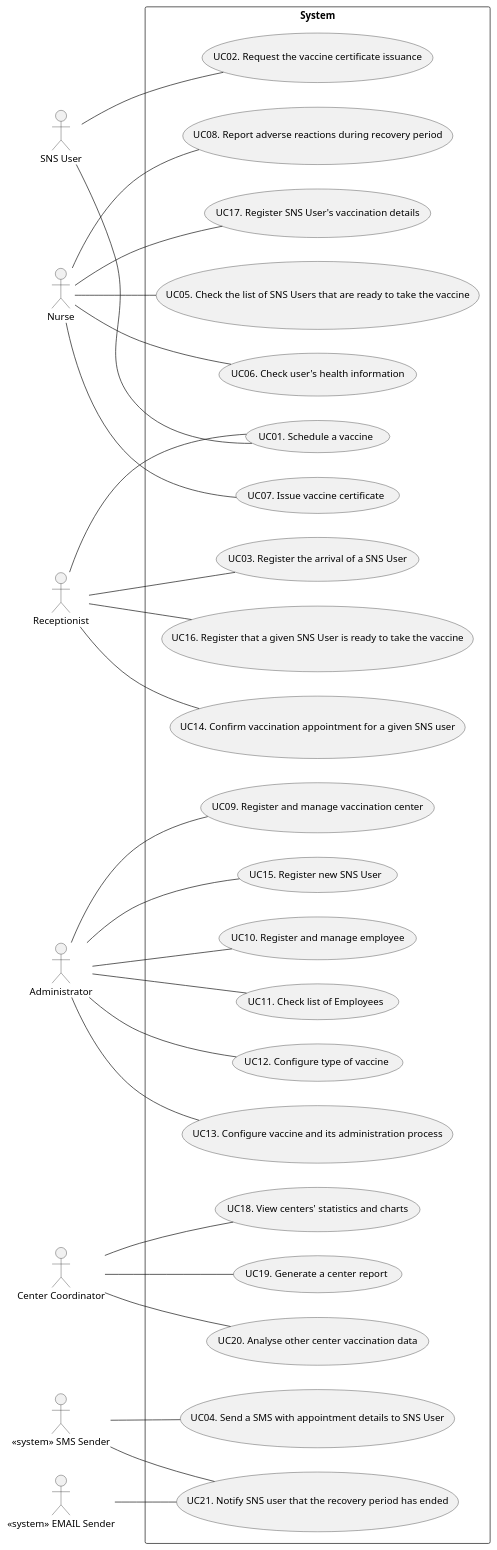
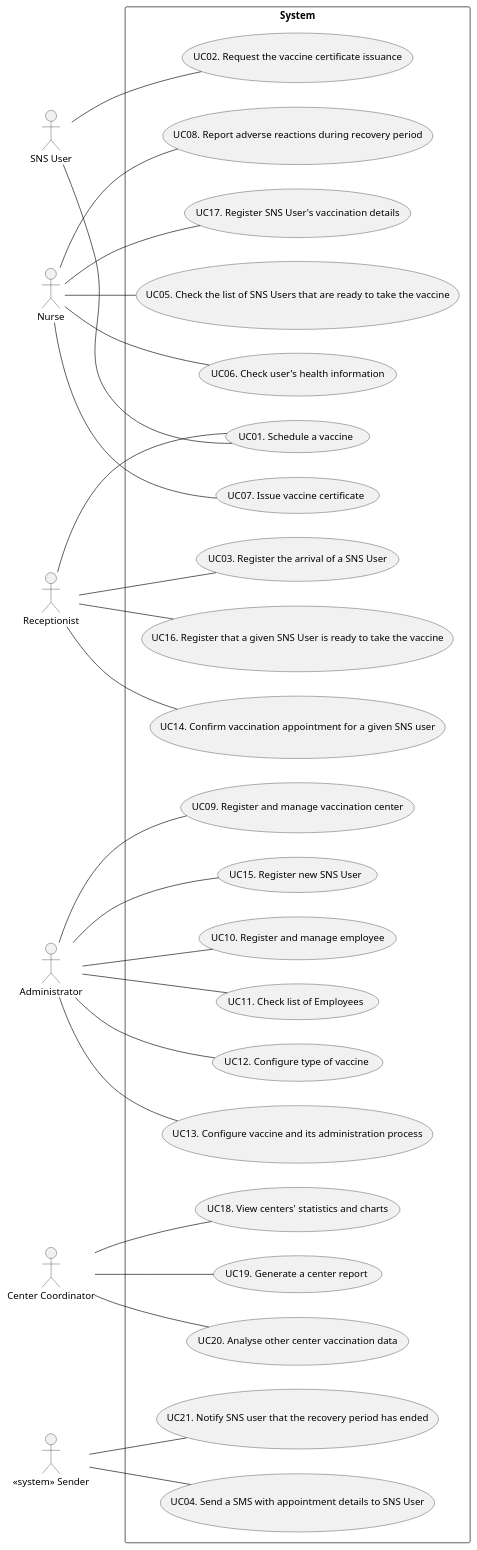
The diagram in docs/SprintB/UCD.puml (miseEnPlace-i/lapr2), drawn with PlantUML before and after one commit. The commit also changed 3 other files, not shown here.

```diff
--- a/docs/SprintB/UCD.puml
+++ b/docs/SprintB/UCD.puml
@@ -1,61 +1,59 @@
 @startuml UCD
 
 left to right direction
 
 actor "SNS User" as user
 actor "Nurse" as nurse
 actor "Receptionist" as recept
 actor "Administrator" as admin
 actor "Center Coordinator" as coordinator
-actor "<< system >> SMS Sender" as dgs
-actor "<< system >> EMAIL Sender" as dgsEmail
+actor "<< system >> Sender" as system
 
 rectangle System {
   usecase "UC01. Schedule a vaccine" as UC01
   usecase "UC02. Request the vaccine certificate issuance" as UC02
   usecase "UC15. Register new SNS User" as UC20
   usecase "UC04. Send a SMS with appointment details to SNS User" as UC03
   usecase "UC05. Check the list of SNS Users that are ready to take the vaccine" as UC05
   usecase "UC06. Check user's health information" as UC06
   usecase "UC07. Issue vaccine certificate" as UC07
   usecase "UC08. Report adverse reactions during recovery period" as UC08
   usecase "UC09. Register and manage vaccination center" as UC18
   usecase "UC10. Register and manage employee" as UC19
   usecase "UC11. Check list of Employees" as UC22
   usecase "UC12. Configure type of vaccine" as UC16
   usecase "UC13. Configure vaccine and its administration process" as UC17
   usecase "UC14. Confirm vaccination appointment for a given SNS user" as UC11
   usecase "UC03. Register the arrival of a SNS User" as UC10
   usecase "UC16. Register that a given SNS User is ready to take the vaccine" as UC12
   usecase "UC17. Register SNS User's vaccination details" as UC09
   usecase "UC18. View centers' statistics and charts" as UC13
   usecase "UC19. Generate a center report" as UC14
   usecase "UC20. Analyse other center vaccination data" as UC15
   usecase "UC21. Notify SNS user that the recovery period has ended" as UC21
 }
 
 user -- UC01
 user -- UC02
-dgs -- UC03
+system -- UC03
 recept -- UC01
 nurse -- UC05
 nurse -- UC06
 nurse -- UC07
 nurse -- UC08
 nurse -- UC09
 recept -- UC10
 recept -- UC11
 recept -- UC12
 coordinator -- UC13
 coordinator -- UC14
 coordinator -- UC15
 admin -- UC16
 admin -- UC17
 admin -- UC18
 admin -- UC19
 admin -- UC22
 admin -- UC20
-dgs -- UC21
-dgsEmail -- UC21
+system -- UC21
 
 @enduml
```
